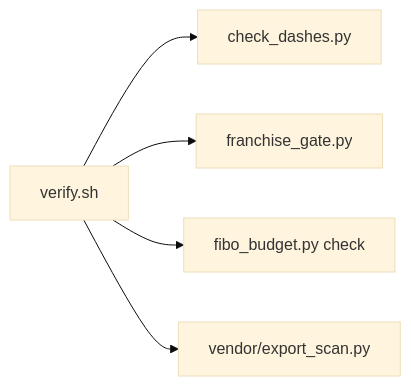
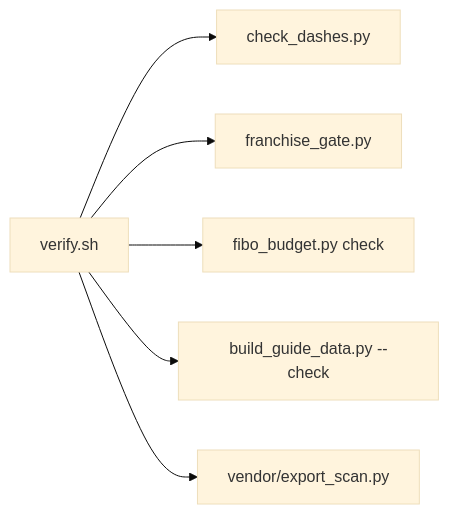
The diagram in tools/README.md (Colorado-Startups/brand), drawn with Mermaid (base theme) before and after one commit. The commit also changed other lines of this file and 11 other files, not shown here.

````diff
--- a/tools/README.md
+++ b/tools/README.md
@@ -12,7 +12,8 @@
 ```mermaid
 flowchart LR
   V[verify.sh] --> D[check_dashes.py]
   V --> F[franchise_gate.py]
   V --> B[fibo_budget.py check]
+  V --> D2[build_guide_data.py --check]
   V --> E[vendor/export_scan.py]
 ```
````
